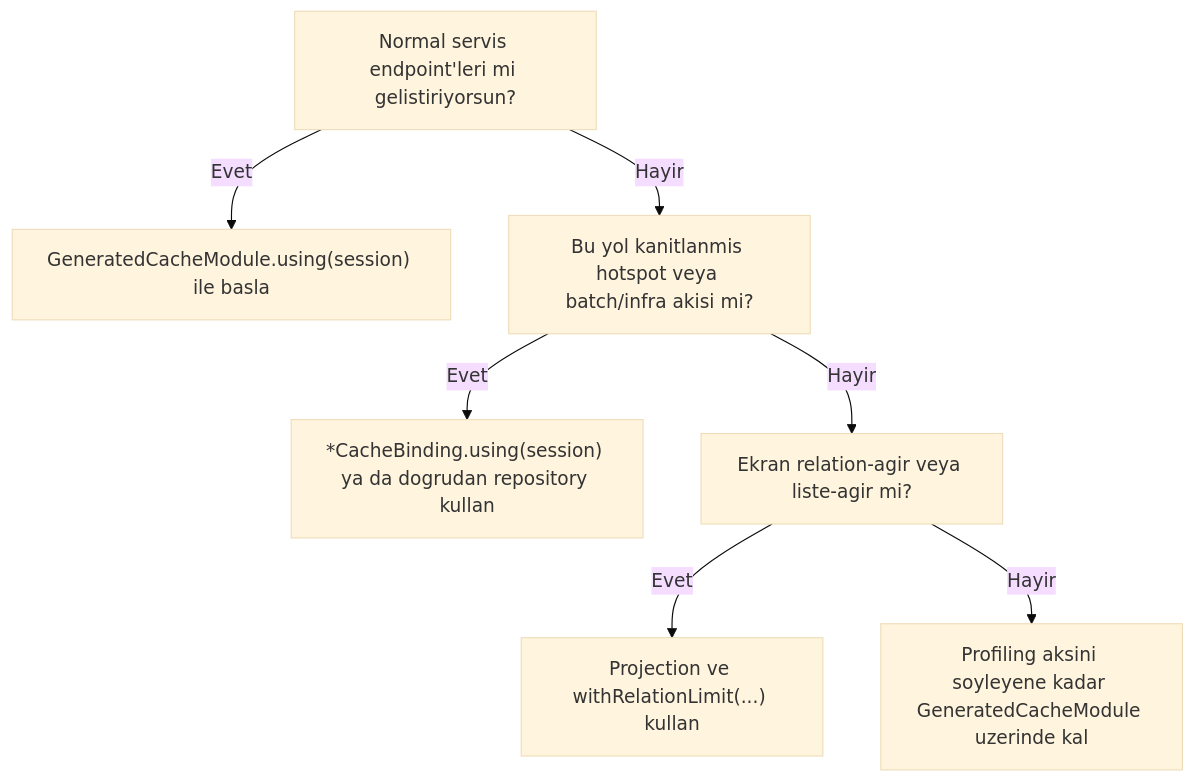
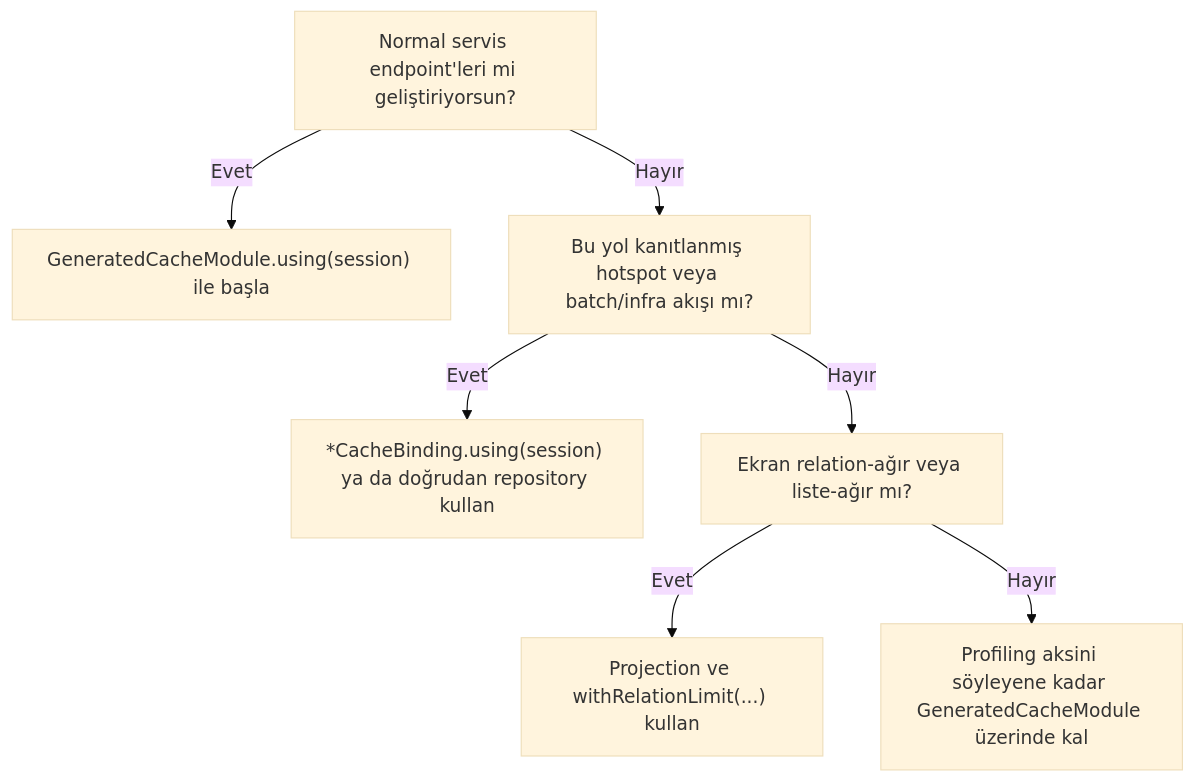
Before and after one commit to esasmer-dou/cache-database: the diagram in tr/docs/production-recipes.md, drawn with Mermaid (base theme). The commit also changed other lines of this file and 19 other files, not shown here.

````diff
--- a/tr/docs/production-recipes.md
+++ b/tr/docs/production-recipes.md
@@ -49,9 +49,9 @@
 ```mermaid
 flowchart TD
-    A["Normal servis endpoint'leri mi gelistiriyorsun?"] -->|Evet| B["GeneratedCacheModule.using(session) ile basla"]
-    A -->|Hayir| C["Bu yol kanitlanmis hotspot veya batch/infra akisi mi?"]
-    C -->|Evet| D["*CacheBinding.using(session) ya da dogrudan repository kullan"]
-    C -->|Hayir| E["Ekran relation-agir veya liste-agir mi?"]
+    A["Normal servis endpoint'leri mi geliştiriyorsun?"] -->|Evet| B["GeneratedCacheModule.using(session) ile başla"]
+    A -->|Hayır| C["Bu yol kanıtlanmış hotspot veya batch/infra akışı mı?"]
+    C -->|Evet| D["*CacheBinding.using(session) ya da doğrudan repository kullan"]
+    C -->|Hayır| E["Ekran relation-ağır veya liste-ağır mı?"]
     E -->|Evet| F["Projection ve withRelationLimit(...) kullan"]
-    E -->|Hayir| G["Profiling aksini soyleyene kadar GeneratedCacheModule uzerinde kal"]
+    E -->|Hayır| G["Profiling aksini söyleyene kadar GeneratedCacheModule üzerinde kal"]
 ```
````
